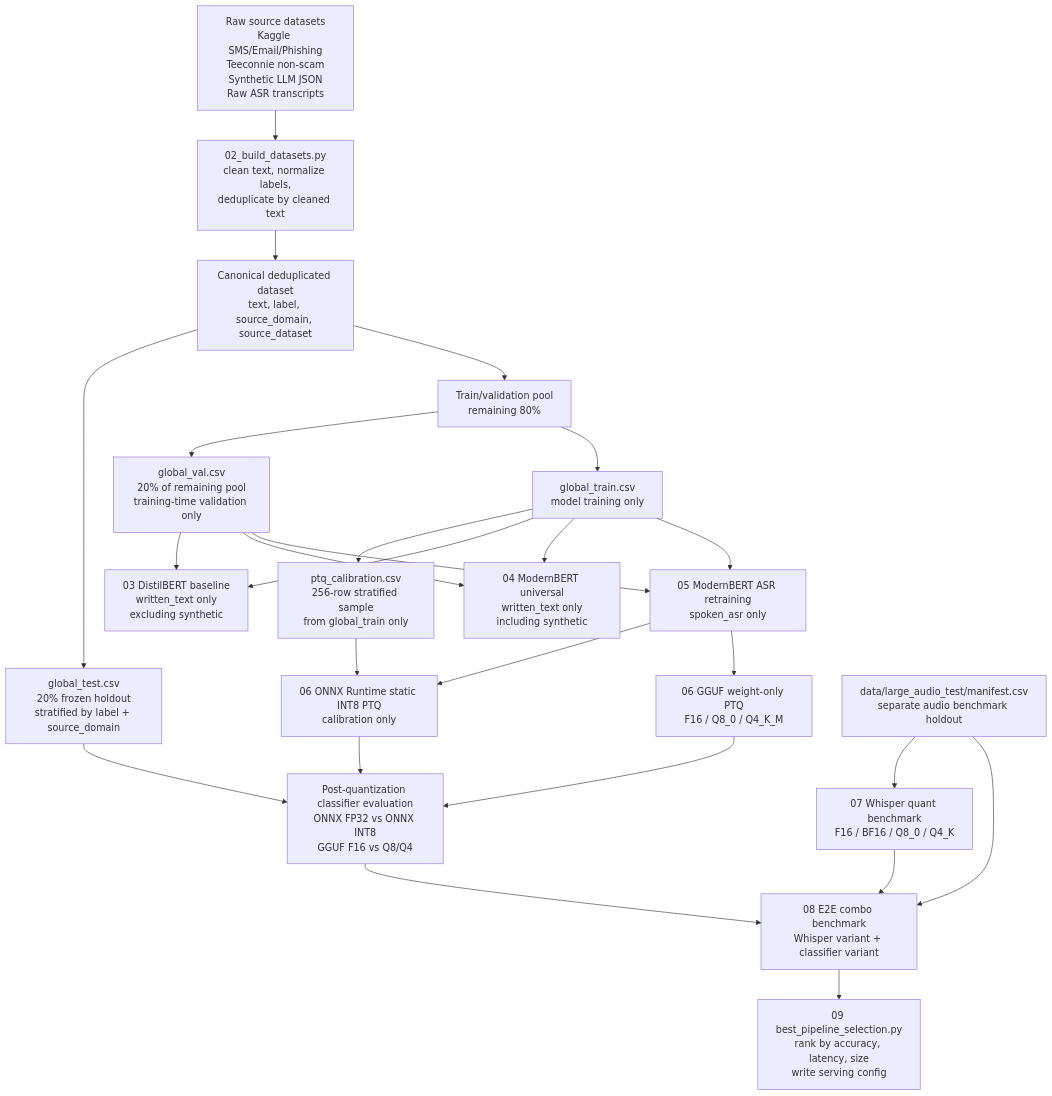
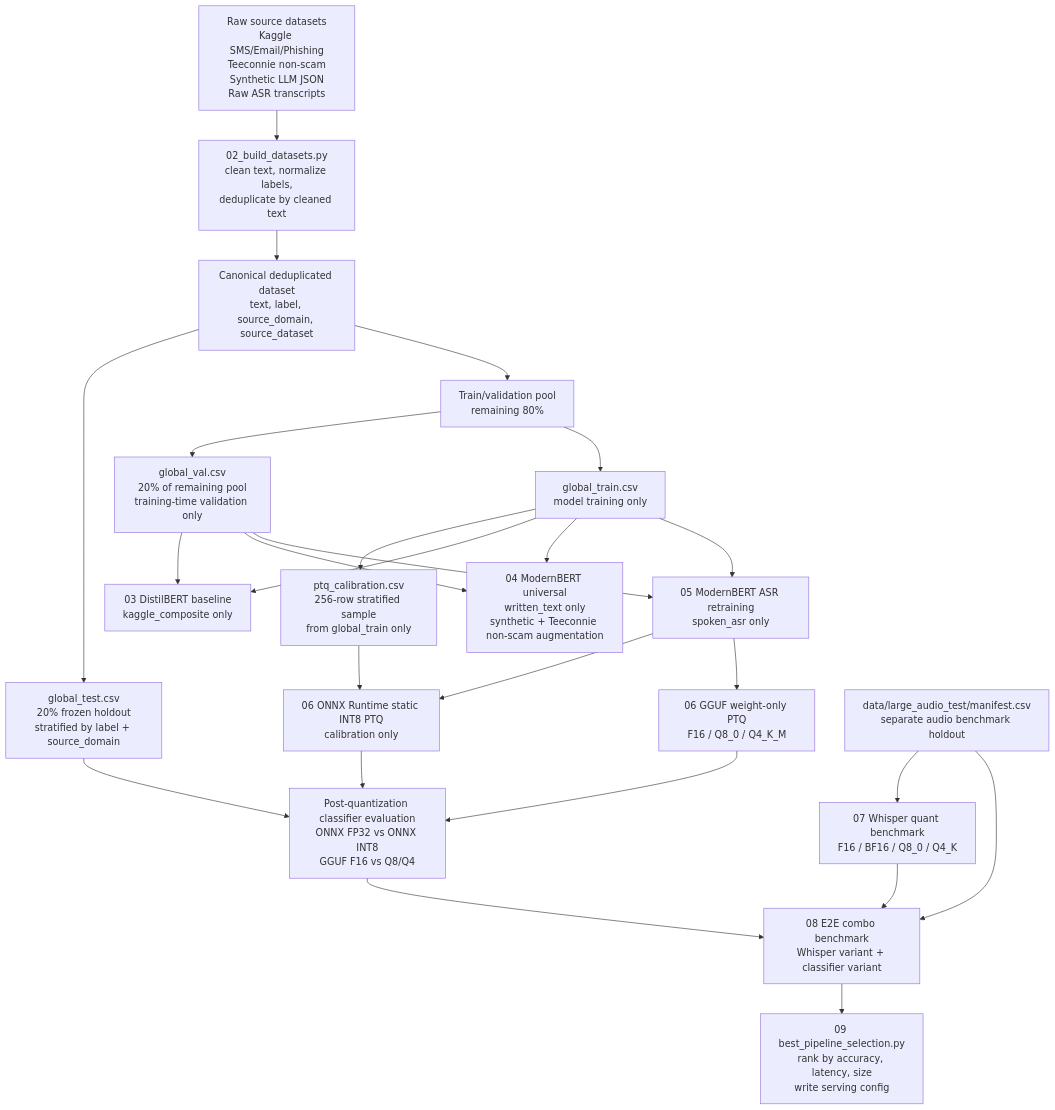
The diagram in docs/data_partition_flow.md (abhijithnusam2026/Machine_Learning_Spam_detection), drawn with Mermaid before and after one commit. The commit also changed other lines of this file and 14 other files, not shown here.

````diff
--- a/docs/data_partition_flow.md
+++ b/docs/data_partition_flow.md
@@ -5,38 +5,38 @@
 ```mermaid
 flowchart TD
     A["Raw source datasets<br/>Kaggle SMS/Email/Phishing<br/>Teeconnie non-scam<br/>Synthetic LLM JSON<br/>Raw ASR transcripts"] --> B["02_build_datasets.py<br/>clean text, normalize labels,<br/>deduplicate by cleaned text"]
 
     B --> C["Canonical deduplicated dataset<br/>text, label, source_domain, source_dataset"]
 
     C --> D["global_test.csv<br/>20% frozen holdout<br/>stratified by label + source_domain"]
     C --> E["Train/validation pool<br/>remaining 80%"]
 
     E --> F["global_val.csv<br/>20% of remaining pool<br/>training-time validation only"]
     E --> G["global_train.csv<br/>model training only"]
 
     G --> H["ptq_calibration.csv<br/>256-row stratified sample<br/>from global_train only"]
 
-    G --> I["03 DistilBERT baseline<br/>written_text only<br/>excluding synthetic"]
+    G --> I["03 DistilBERT baseline<br/>kaggle_composite only"]
     F --> I
 
-    G --> J["04 ModernBERT universal<br/>written_text only<br/>including synthetic"]
+    G --> J["04 ModernBERT universal<br/>written_text only<br/>synthetic + Teeconnie non-scam augmentation"]
     F --> J
 
     G --> K["05 ModernBERT ASR retraining<br/>spoken_asr only"]
     F --> K
 
     H --> L["06 ONNX Runtime static INT8 PTQ<br/>calibration only"]
     K --> L
     K --> M["06 GGUF weight-only PTQ<br/>F16 / Q8_0 / Q4_K_M"]
 
     D --> N["Post-quantization classifier evaluation<br/>ONNX FP32 vs ONNX INT8<br/>GGUF F16 vs Q8/Q4"]
     L --> N
     M --> N
 
     O["data/large_audio_test/manifest.csv<br/>separate audio benchmark holdout"] --> P["07 Whisper quant benchmark<br/>F16 / BF16 / Q8_0 / Q4_K"]
     O --> Q["08 E2E combo benchmark<br/>Whisper variant + classifier variant"]
     N --> Q
     P --> Q
 
     Q --> R["09 best_pipeline_selection.py<br/>rank by accuracy, latency, size<br/>write serving config"]
 ```
````
